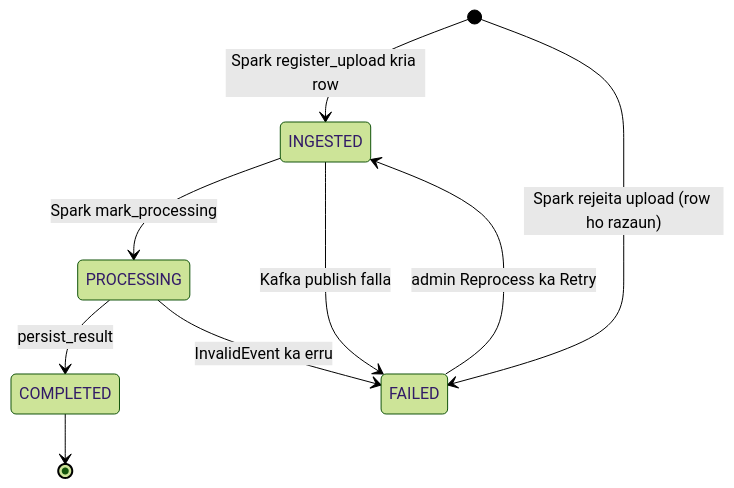
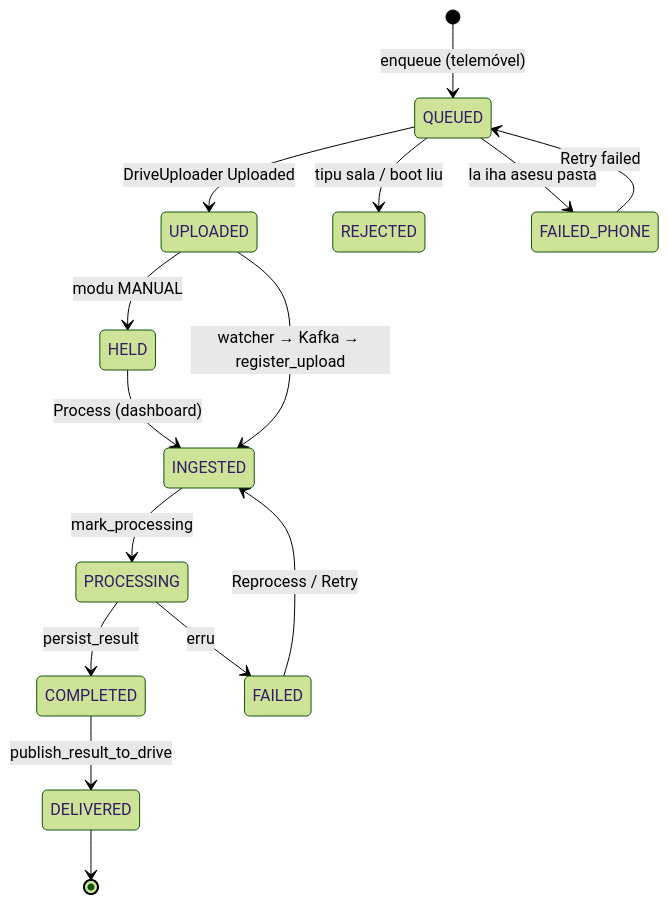
One commit to AOD-collab/-crop-disease-ews changed the second of 6 diagrams in documentation/technical_modules/src/06_end_to_end_integration_module.md. Above: the diagram before and after it, drawn with Mermaid (forest theme). The commit also changed other lines of this file and 41 other files, not shown here.

````diff
--- a/documentation/technical_modules/src/06_end_to_end_integration_module.md
+++ b/documentation/technical_modules/src/06_end_to_end_integration_module.md
@@ -92,11 +116,17 @@
 ```mermaid
 stateDiagram-v2
-    [*] --> INGESTED: Spark register_upload kria row
-    [*] --> FAILED: Spark rejeita upload (row ho razaun)
-    INGESTED --> PROCESSING: Spark mark_processing
-    PROCESSING --> COMPLETED: persist_result
-    PROCESSING --> FAILED: InvalidEvent ka erru
-    INGESTED --> FAILED: Kafka publish falla
-    FAILED --> INGESTED: admin Reprocess ka Retry
-    COMPLETED --> [*]
+    [*] --> QUEUED : enqueue (telemóvel)
+    QUEUED --> UPLOADED : DriveUploader Uploaded
+    QUEUED --> REJECTED : tipu sala / boot liu
+    QUEUED --> FAILED_PHONE : la iha asesu pasta
+    FAILED_PHONE --> QUEUED : Retry failed
+    UPLOADED --> HELD : modu MANUAL
+    HELD --> INGESTED : Process (dashboard)
+    UPLOADED --> INGESTED : watcher → Kafka → register_upload
+    INGESTED --> PROCESSING : mark_processing
+    PROCESSING --> COMPLETED : persist_result
+    PROCESSING --> FAILED : erru
+    FAILED --> INGESTED : Reprocess / Retry
+    COMPLETED --> DELIVERED : publish_result_to_drive
+    DELIVERED --> [*]
 ```
````
